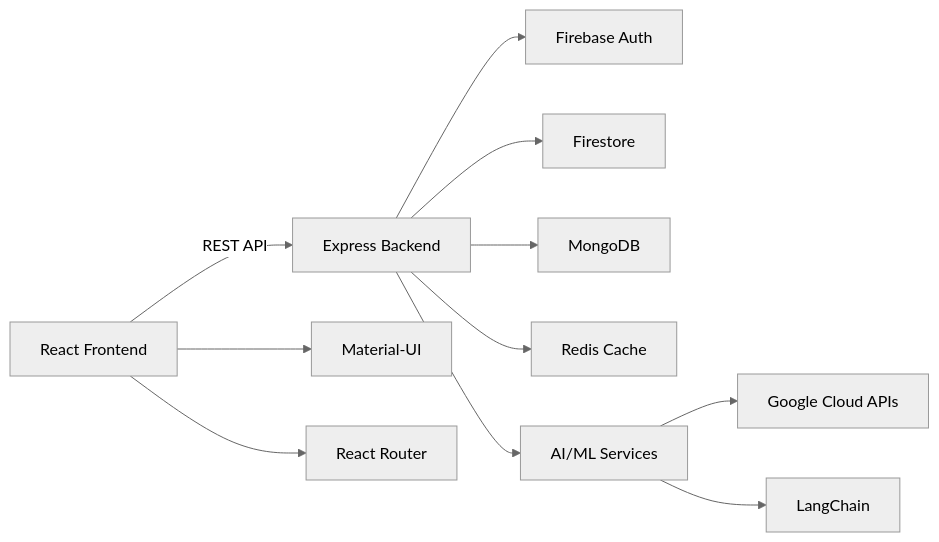
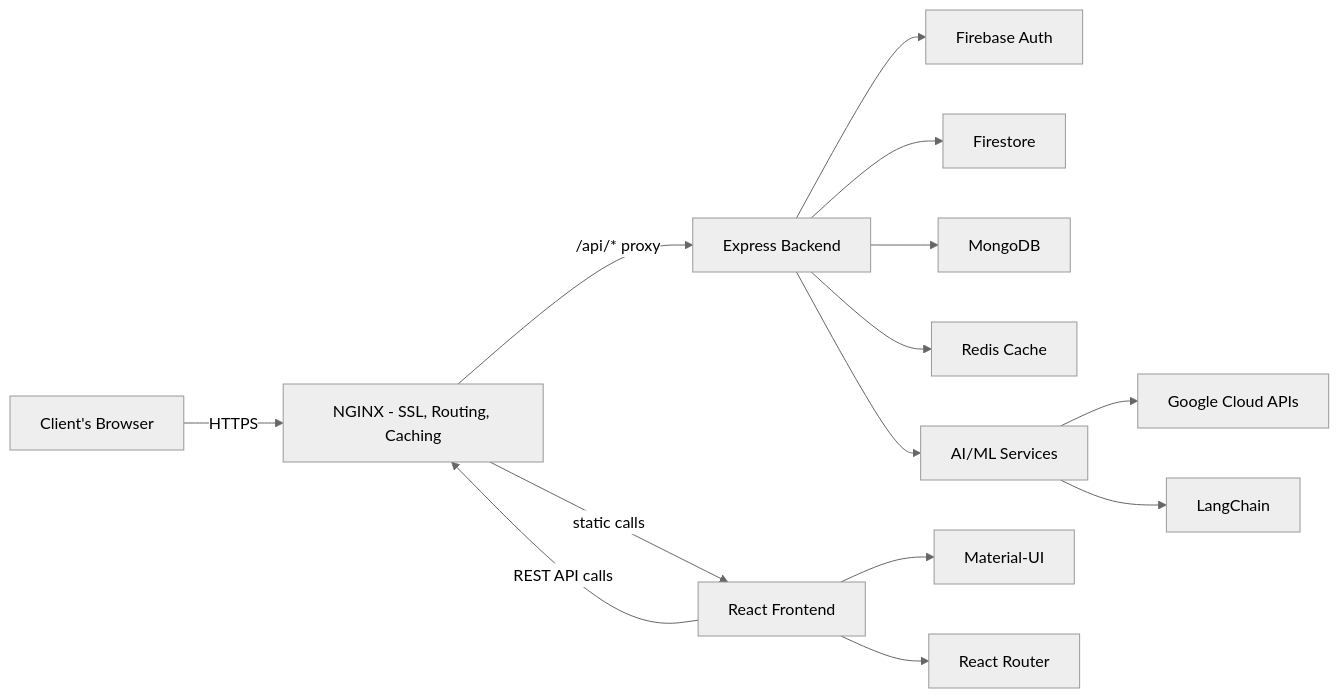
The first of 6 diagrams in README.md (Derek-miranda/DocuThinker-AI), drawn with Mermaid (neutral theme) before and after one commit. The commit also changed other lines of this file and 7 other files, not shown here.

Commit message:
feat(ui-api-docs): Finished React FE & React-Native

````diff
--- a/README.md
+++ b/README.md
@@ -56,13 +55,19 @@
 ```mermaid
 graph LR
-    A[React Frontend] -->|REST API| B[Express Backend]
-    B --> C[Firebase Auth]
-    B --> D[Firestore]
-    B --> E[MongoDB]
-    B --> F[Redis Cache]
-    B --> G[AI/ML Services]
-    A --> H[Material-UI]
-    A --> I[React Router]
-    G --> J[Google Cloud APIs]
-    G --> K[LangChain]
+    U[Client's Browser] -->|HTTPS| N[NGINX - SSL, Routing, Caching]
+N -->|static calls| A[React Frontend]
+N -->|/api/* proxy| B[Express Backend]
+A -->|REST API calls| N
+
+B --> C[Firebase Auth]
+B --> D[Firestore]
+B --> E[MongoDB]
+B --> F[Redis Cache]
+B --> G[AI/ML Services]
+
+A --> H[Material-UI]
+A --> I[React Router]
+
+G --> J[Google Cloud APIs]
+G --> K[LangChain]
 ```
````
